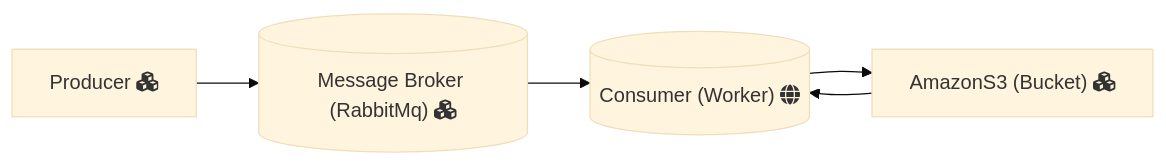
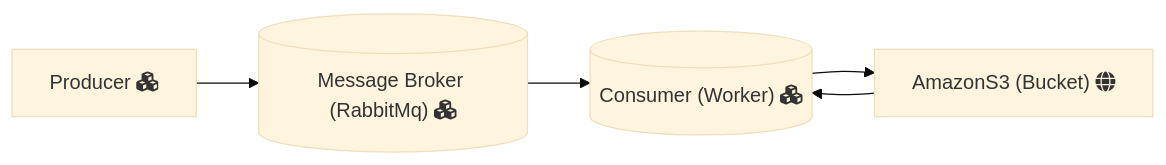
One commit to FueledByRage/handle-images-worker changed the diagram in README.md. Above: the diagram before and after it, drawn with Mermaid (base theme).

````diff
--- a/README.md
+++ b/README.md
@@ -16,11 +16,11 @@
 ```mermaid
 graph LR;
     A["Producer fa:fa-cubes"]
     B[("Message Broker (RabbitMq) fa:fa-cubes")]
-    C[("Consumer (Worker) fa:fa-globe")]
-    D["AmazonS3 (Bucket) fa:fa-cubes"]
+    C[("Consumer (Worker) fa:fa-cubes")]
+    D["AmazonS3 (Bucket) fa:fa-globe"]
     A-->B;
     B-->C;
     C-->D;
     D-->C;
 ```
````
